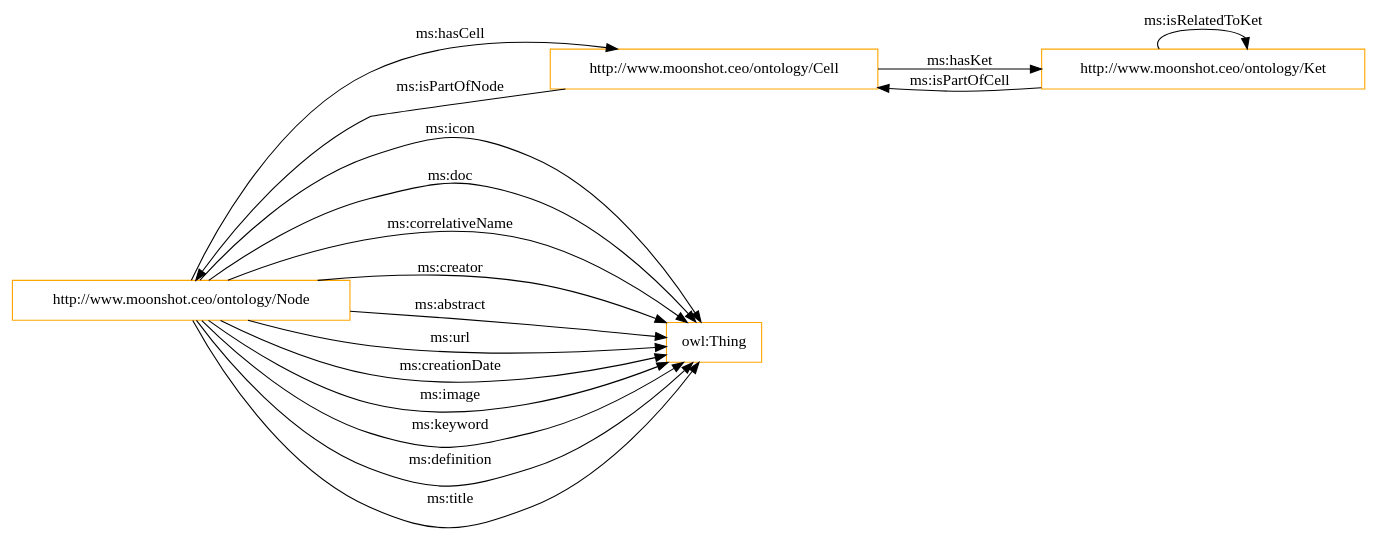
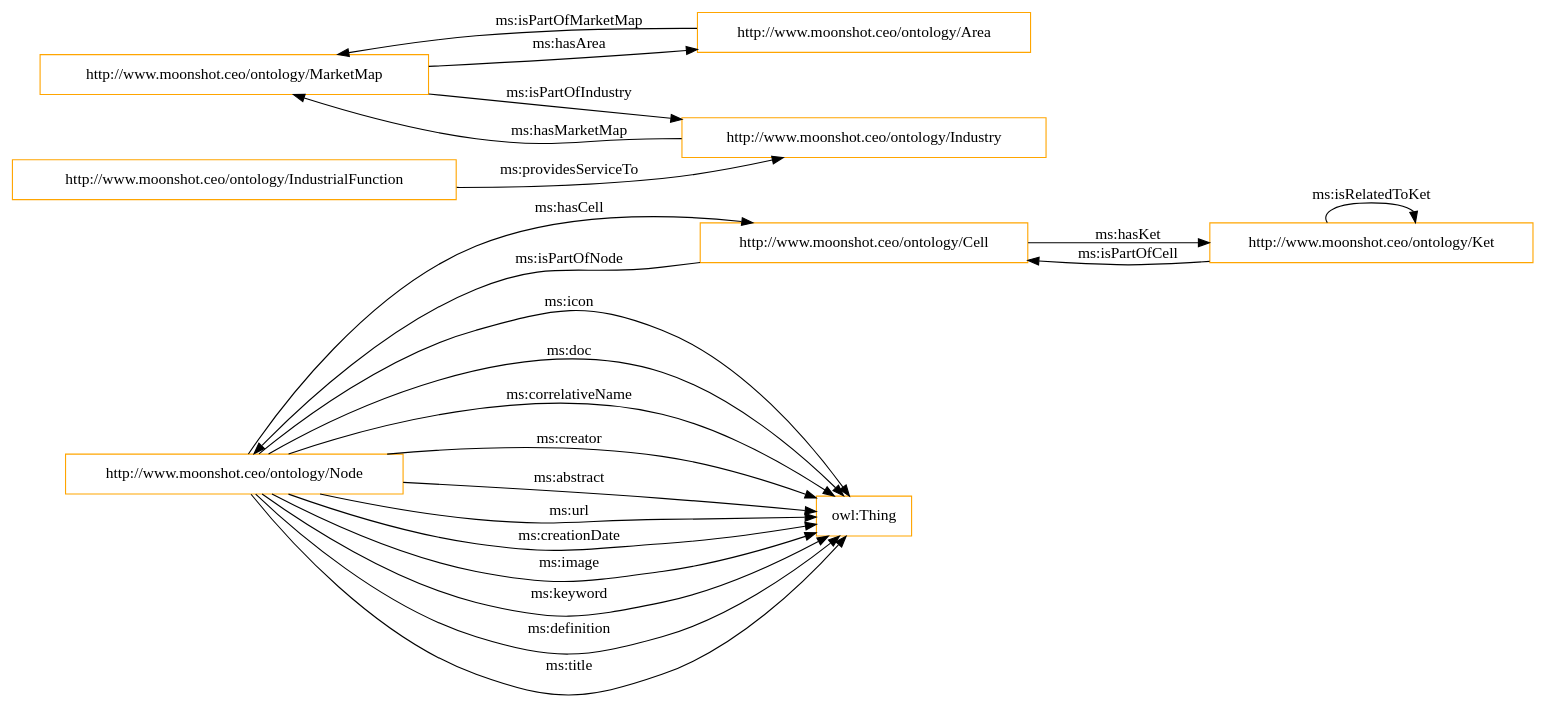
The diagram in OnToology/iebrain.ttl/diagrams/ar2dtool-class/iebrain.ttl.png.dot (oeg-upm/IEBrain), drawn with Graphviz before and after one commit. The commit also changed 12 other files, not shown here.

```diff
--- a/OnToology/iebrain.ttl/diagrams/ar2dtool-class/iebrain.ttl.png.dot
+++ b/OnToology/iebrain.ttl/diagrams/ar2dtool-class/iebrain.ttl.png.dot
@@ -1,22 +1,27 @@
 digraph ar2dtool_diagram { 
 rankdir=LR;
 size="1501"
-node [shape = rectangle, color="orange"]; "http://www.moonshot.ceo/ontology/Node" "http://www.moonshot.ceo/ontology/Ket" "http://www.moonshot.ceo/ontology/Cell" "owl:Thing" ; /*classes style*/
+node [shape = rectangle, color="orange"]; "http://www.moonshot.ceo/ontology/Node" "http://www.moonshot.ceo/ontology/MarketMap" "http://www.moonshot.ceo/ontology/Ket" "http://www.moonshot.ceo/ontology/Industry" "http://www.moonshot.ceo/ontology/IndustrialFunction" "http://www.moonshot.ceo/ontology/Cell" "http://www.moonshot.ceo/ontology/Area" "owl:Thing" ; /*classes style*/
+	"http://www.moonshot.ceo/ontology/MarketMap" -> "http://www.moonshot.ceo/ontology/Area" [ label = "ms:hasArea" ];
 	"http://www.moonshot.ceo/ontology/Node" -> "owl:Thing" [ label = "ms:icon" ];
 	"http://www.moonshot.ceo/ontology/Node" -> "owl:Thing" [ label = "ms:doc" ];
 	"http://www.moonshot.ceo/ontology/Node" -> "owl:Thing" [ label = "ms:correlativeName" ];
 	"http://www.moonshot.ceo/ontology/Node" -> "owl:Thing" [ label = "ms:creator" ];
 	"http://www.moonshot.ceo/ontology/Node" -> "owl:Thing" [ label = "ms:abstract" ];
 	"http://www.moonshot.ceo/ontology/Node" -> "http://www.moonshot.ceo/ontology/Cell" [ label = "ms:hasCell" ];
 	"http://www.moonshot.ceo/ontology/Node" -> "owl:Thing" [ label = "ms:url" ];
 	"http://www.moonshot.ceo/ontology/Node" -> "owl:Thing" [ label = "ms:creationDate" ];
+	"http://www.moonshot.ceo/ontology/Area" -> "http://www.moonshot.ceo/ontology/MarketMap" [ label = "ms:isPartOfMarketMap" ];
 	"http://www.moonshot.ceo/ontology/Node" -> "owl:Thing" [ label = "ms:image" ];
 	"http://www.moonshot.ceo/ontology/Ket" -> "http://www.moonshot.ceo/ontology/Cell" [ label = "ms:isPartOfCell" ];
 	"http://www.moonshot.ceo/ontology/Node" -> "owl:Thing" [ label = "ms:keyword" ];
 	"http://www.moonshot.ceo/ontology/Node" -> "owl:Thing" [ label = "ms:definition" ];
 	"http://www.moonshot.ceo/ontology/Node" -> "owl:Thing" [ label = "ms:title" ];
 	"http://www.moonshot.ceo/ontology/Cell" -> "http://www.moonshot.ceo/ontology/Node" [ label = "ms:isPartOfNode" ];
+	"http://www.moonshot.ceo/ontology/IndustrialFunction" -> "http://www.moonshot.ceo/ontology/Industry" [ label = "ms:providesServiceTo" ];
 	"http://www.moonshot.ceo/ontology/Ket" -> "http://www.moonshot.ceo/ontology/Ket" [ label = "ms:isRelatedToKet" ];
+	"http://www.moonshot.ceo/ontology/MarketMap" -> "http://www.moonshot.ceo/ontology/Industry" [ label = "ms:isPartOfIndustry" ];
 	"http://www.moonshot.ceo/ontology/Cell" -> "http://www.moonshot.ceo/ontology/Ket" [ label = "ms:hasKet" ];
+	"http://www.moonshot.ceo/ontology/Industry" -> "http://www.moonshot.ceo/ontology/MarketMap" [ label = "ms:hasMarketMap" ];
 
 }
```
